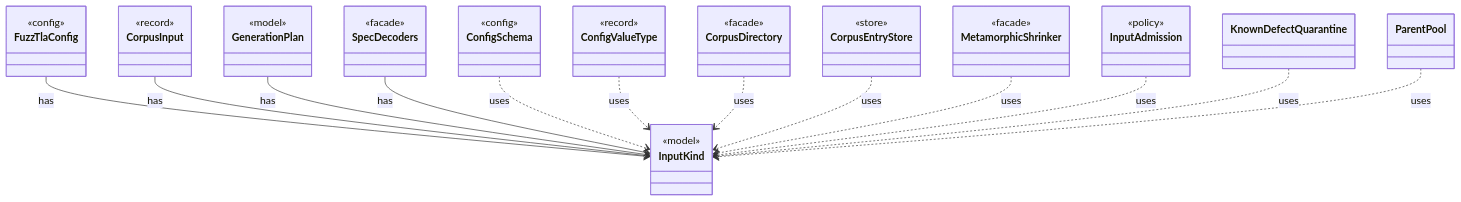
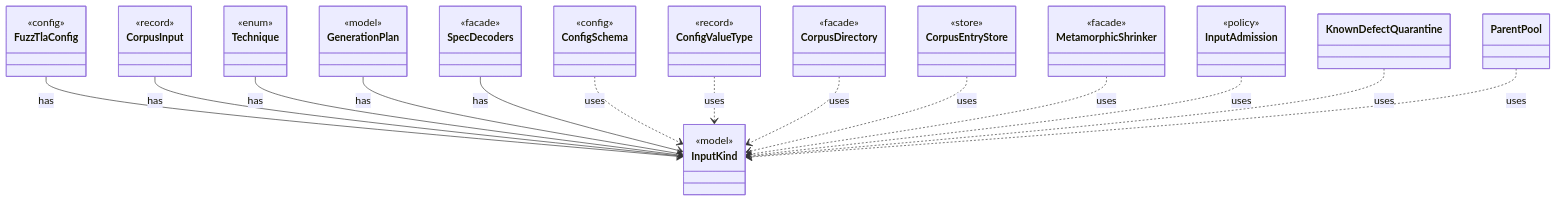
One commit to tlaplus/model-checker-hardening changed the diagram in dev/types/io.github.tlaplus.hardening.gen.InputKind.md. Above: the diagram before and after it, drawn with Mermaid. The commit also changed other lines of this file and 401 other files, not shown here.

````diff
--- a/dev/types/io.github.tlaplus.hardening.gen.InputKind.md
+++ b/dev/types/io.github.tlaplus.hardening.gen.InputKind.md
@@ -7,50 +7,54 @@
 ```mermaid
 classDiagram
   class InputKind {
     <<model>>
   }
   class FuzzTlaConfig {
     <<config>>
   }
   class CorpusInput {
     <<record>>
+  }
+  class Technique {
+    <<enum>>
   }
   class GenerationPlan {
     <<model>>
   }
   class SpecDecoders {
     <<facade>>
   }
   class ConfigSchema {
     <<config>>
   }
   class ConfigValueType {
     <<record>>
   }
   class CorpusDirectory {
     <<facade>>
   }
   class CorpusEntryStore {
     <<store>>
   }
   class MetamorphicShrinker {
     <<facade>>
   }
   class InputAdmission {
     <<policy>>
   }
   class KnownDefectQuarantine
   class ParentPool
   FuzzTlaConfig --> InputKind : has
   CorpusInput --> InputKind : has
+  Technique --> InputKind : has
   GenerationPlan --> InputKind : has
   SpecDecoders --> InputKind : has
   ConfigSchema ..> InputKind : uses
   ConfigValueType ..> InputKind : uses
   CorpusDirectory ..> InputKind : uses
   CorpusEntryStore ..> InputKind : uses
   MetamorphicShrinker ..> InputKind : uses
   InputAdmission ..> InputKind : uses
   KnownDefectQuarantine ..> InputKind : uses
   ParentPool ..> InputKind : uses
 ```
````
